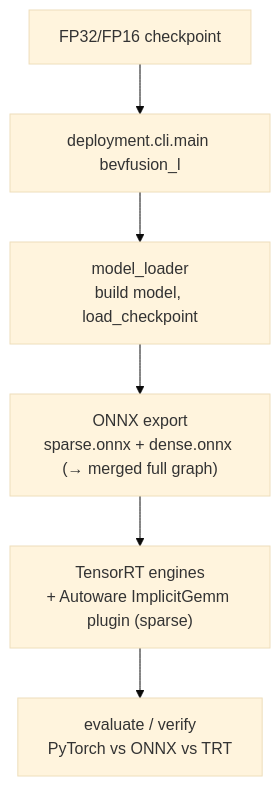
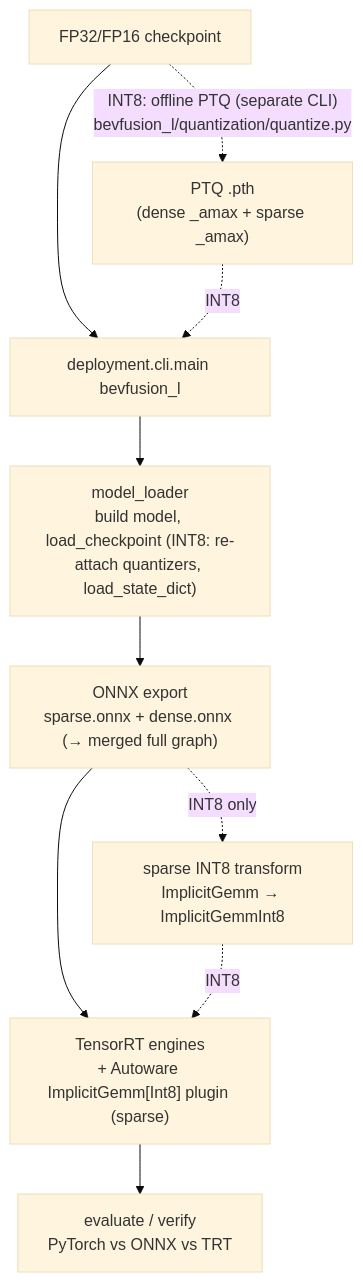
Before and after one commit to vividf/AWML: the diagram in deployment/projects/bevfusion_l/README.md, drawn with Mermaid (base theme). The commit also changed other lines of this file and 129 other files, not shown here.

````diff
--- a/deployment/projects/bevfusion_l/README.md
+++ b/deployment/projects/bevfusion_l/README.md
@@ -14,8 +33,12 @@
 ```mermaid
 flowchart TD
     ckpt["FP32/FP16 checkpoint"] --> run["deployment.cli.main bevfusion_l"]
-    run --> load["model_loader<br/>build model, load_checkpoint"]
+    ckpt -. "INT8: offline PTQ (separate CLI)<br/>bevfusion_l/quantization/quantize.py" .-> ptqpth["PTQ .pth<br/>(dense _amax + sparse _amax)"]
+    ptqpth -. INT8 .-> run
+    run --> load["model_loader<br/>build model, load_checkpoint (INT8: re-attach quantizers, load_state_dict)"]
     load --> onnx["ONNX export<br/>sparse.onnx + dense.onnx (→ merged full graph)"]
-    onnx --> trt["TensorRT engines<br/>+ Autoware ImplicitGemm plugin (sparse)"]
+    onnx -. "INT8 only" .-> xform["sparse INT8 transform<br/>ImplicitGemm → ImplicitGemmInt8"]
+    onnx --> trt["TensorRT engines<br/>+ Autoware ImplicitGemm[Int8] plugin (sparse)"]
+    xform -. INT8 .-> trt
     trt --> eval["evaluate / verify<br/>PyTorch vs ONNX vs TRT"]
 ```
````
